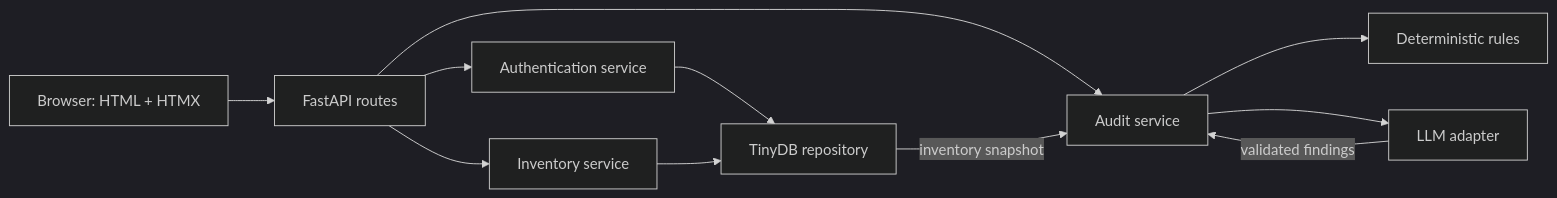
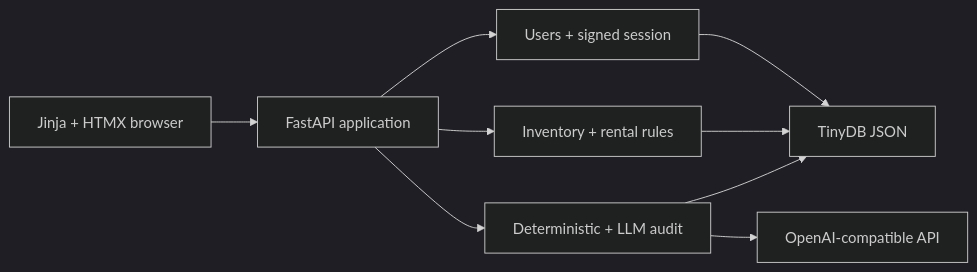
One commit to komaksym/booksy-assignment changed the diagram in docs/superpowers/specs/2026-07-22-hardware-hub-design.md. Above: the diagram before and after it, drawn with Mermaid (dark theme). The commit also changed other lines of this file and 3 other files, not shown here.

First line of the commit message:
docs(roadmap): focus MVP delivery

````diff
--- a/docs/superpowers/specs/2026-07-22-hardware-hub-design.md
+++ b/docs/superpowers/specs/2026-07-22-hardware-hub-design.md
@@ -35,13 +40,11 @@
 ```mermaid
 flowchart LR
-    Browser["Browser: HTML + HTMX"] --> Web["FastAPI routes"]
-    Web --> Auth["Authentication service"]
-    Web --> Inventory["Inventory service"]
-    Web --> Audit["Audit service"]
-    Auth --> Store["TinyDB repository"]
-    Inventory --> Store
-    Store -->|"inventory snapshot"| Audit
-    Audit --> Rules["Deterministic rules"]
-    Audit --> LLM["LLM adapter"]
-    LLM -->|"validated findings"| Audit
+    Browser["Jinja + HTMX browser"] --> App["FastAPI application"]
+    App --> Users["Users + signed session"]
+    App --> Hardware["Inventory + rental rules"]
+    App --> Audit["Deterministic + LLM audit"]
+    Users --> DB["TinyDB JSON"]
+    Hardware --> DB
+    Audit --> DB
+    Audit --> LLM["OpenAI-compatible API"]
 ```
````
